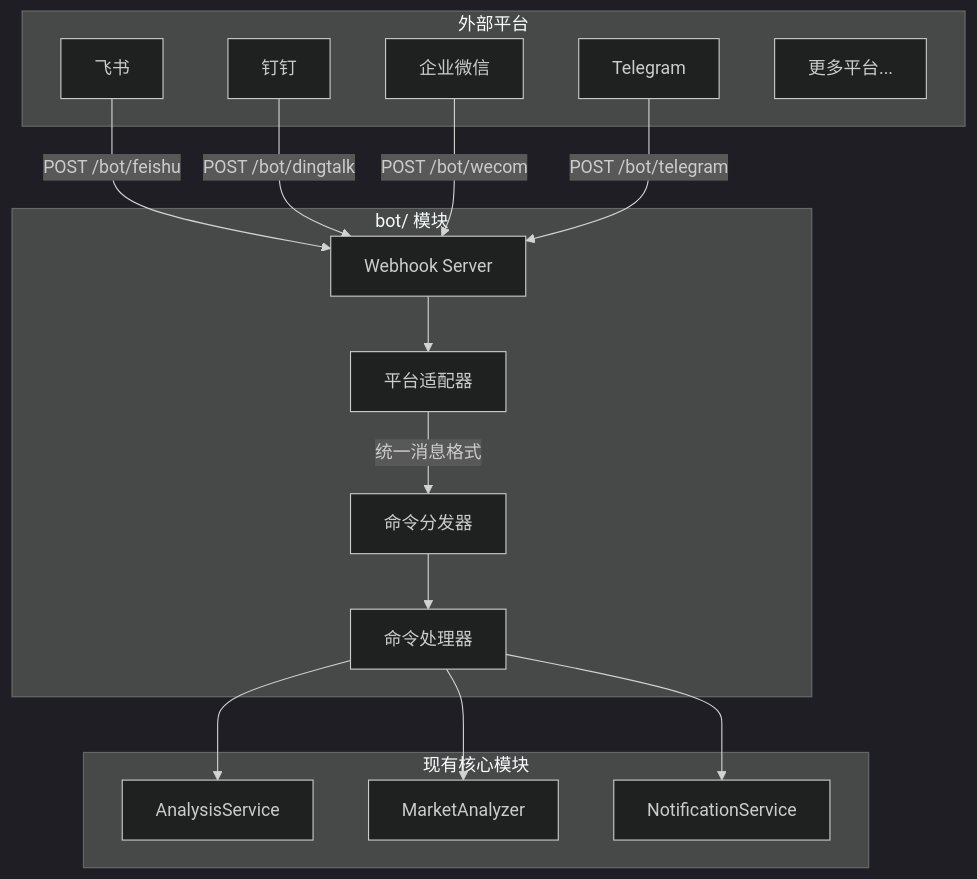
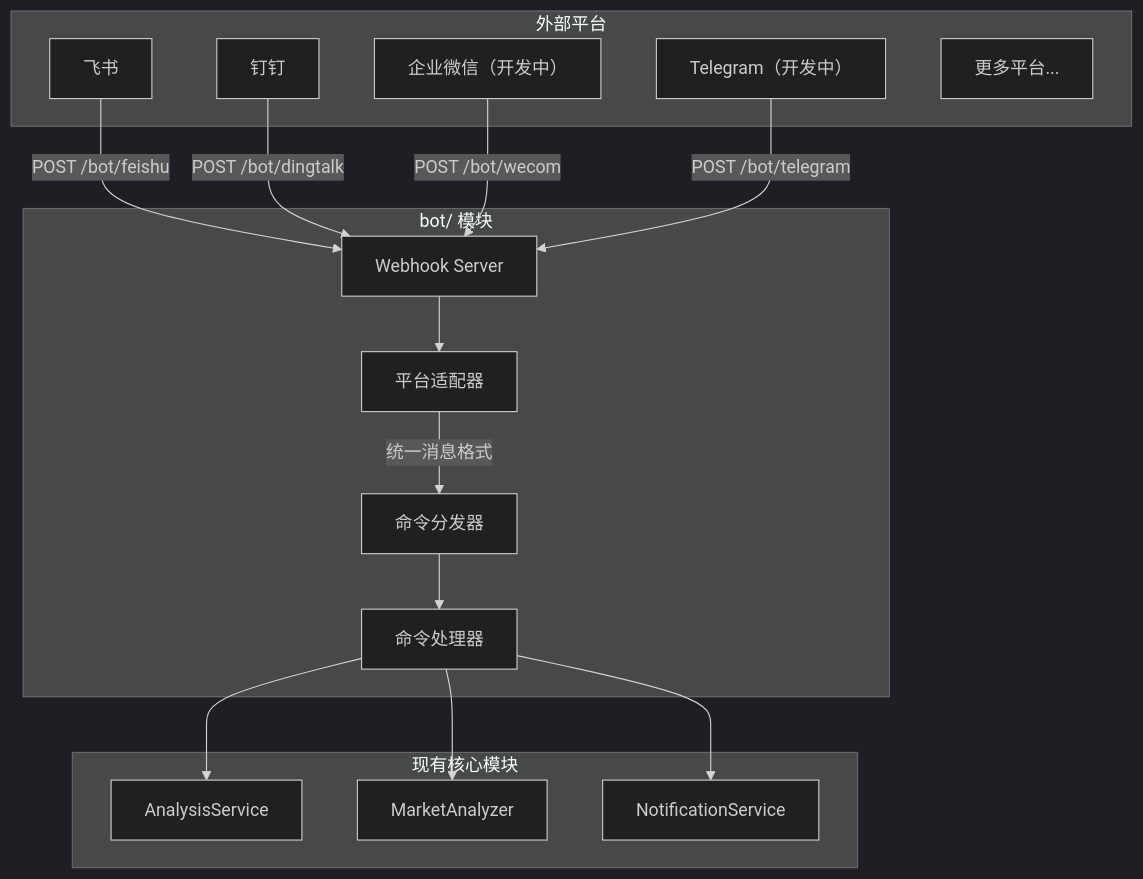
One commit to static-protean/my_stock_vercel changed the diagram in docs/bot/bot-command.md. Above: the diagram before and after it, drawn with Mermaid (dark theme). The commit also changed other lines of this file and 11 other files, not shown here.

````diff
--- a/docs/bot/bot-command.md
+++ b/docs/bot/bot-command.md
@@ -5,35 +5,35 @@
 ```mermaid
 flowchart TB
     subgraph Platforms [外部平台]
         FS[飞书]
         DT[钉钉]
-        WC[企业微信]
-        TG[Telegram]
+        WC[企业微信（开发中）]
+        TG[Telegram（开发中）]
         More[更多平台...]
     end
 
     subgraph BotModule [bot/ 模块]
         WH[Webhook Server]
         Adapters[平台适配器]
         Dispatcher[命令分发器]
         Commands[命令处理器]
     end
 
     subgraph Core [现有核心模块]
         AS[AnalysisService]
         MA[MarketAnalyzer]
         NS[NotificationService]
     end
 
     FS -->|POST /bot/feishu| WH
     DT -->|POST /bot/dingtalk| WH
     WC -->|POST /bot/wecom| WH
     TG -->|POST /bot/telegram| WH
 
     WH --> Adapters
     Adapters -->|统一消息格式| Dispatcher
     Dispatcher --> Commands
     Commands --> AS
     Commands --> MA
     Commands --> NS
 ```
````
